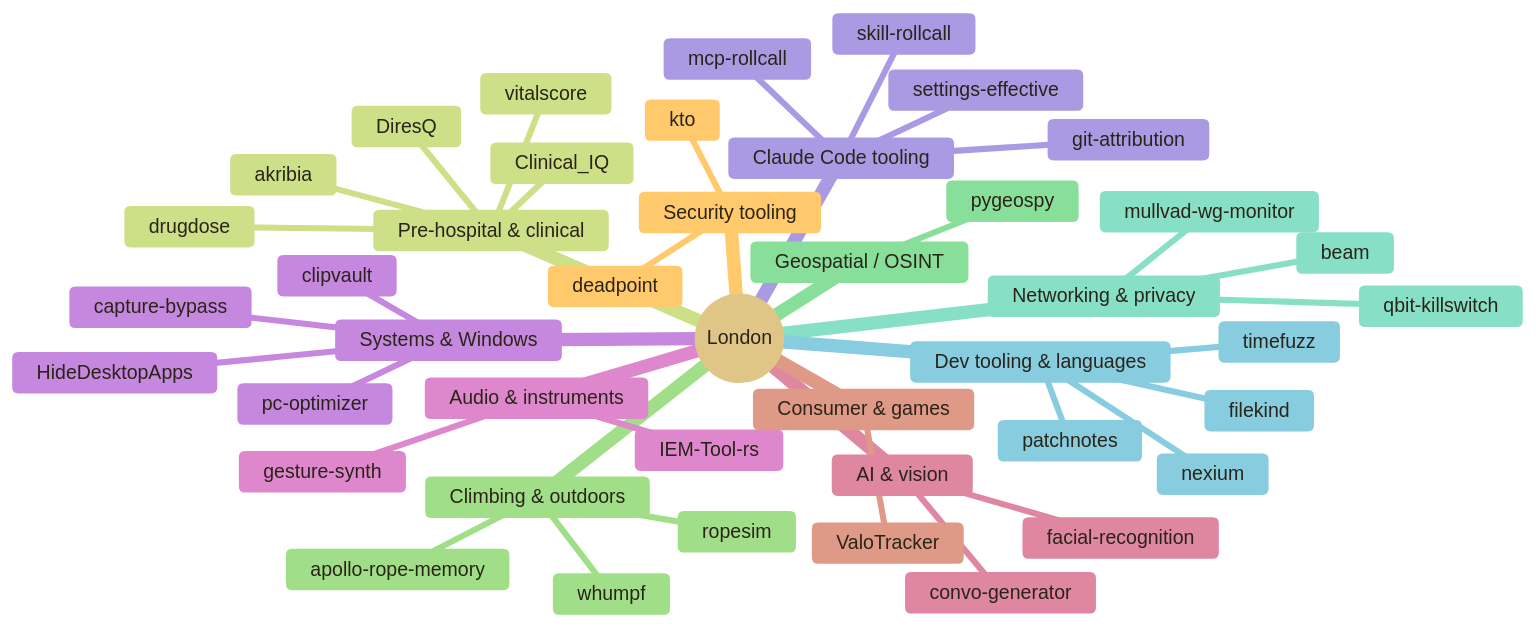
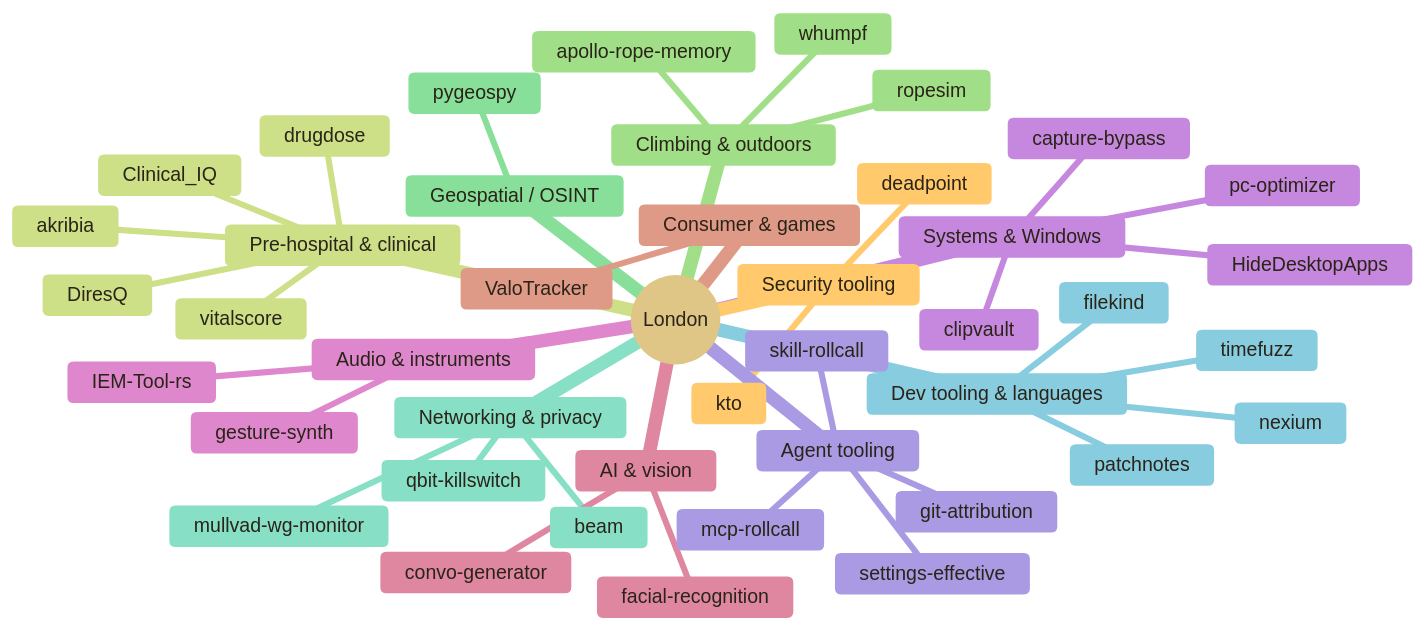
One commit to Londopy/Londopy changed the diagram in README.md. Above: the diagram before and after it, drawn with Mermaid.

Commit message:
Mindmap: Claude Code tooling is Agent tooling now

````diff
--- a/README.md
+++ b/README.md
@@ -152,47 +152,47 @@
 ```mermaid
 %%{init: {'theme':'base','themeVariables':{'primaryColor':'#FAF6EC','primaryTextColor':'#2A2418','primaryBorderColor':'#7A5C3A','lineColor':'#7A5C3A','tertiaryColor':'#FFF8EC'}}}%%
 mindmap
   root((London))
     Systems & Windows
       capture-bypass
       HideDesktopApps
       clipvault
       pc-optimizer
     Security tooling
       kto
       deadpoint
     Pre-hospital & clinical
       drugdose
       vitalscore
       Clinical_IQ
       akribia
       DiresQ
     Climbing & outdoors
       ropesim
       whumpf
       apollo-rope-memory
     Geospatial / OSINT
       pygeospy
     Networking & privacy
       qbit-killswitch
       mullvad-wg-monitor
       beam
     Dev tooling & languages
       nexium
       patchnotes
       timefuzz
       filekind
-    Claude Code tooling
+    Agent tooling
       skill-rollcall
       mcp-rollcall
       settings-effective
       git-attribution
     Audio & instruments
       gesture-synth
       IEM-Tool-rs
     AI & vision
       facial-recognition
       convo-generator
     Consumer & games
       ValoTracker
 ```
````
